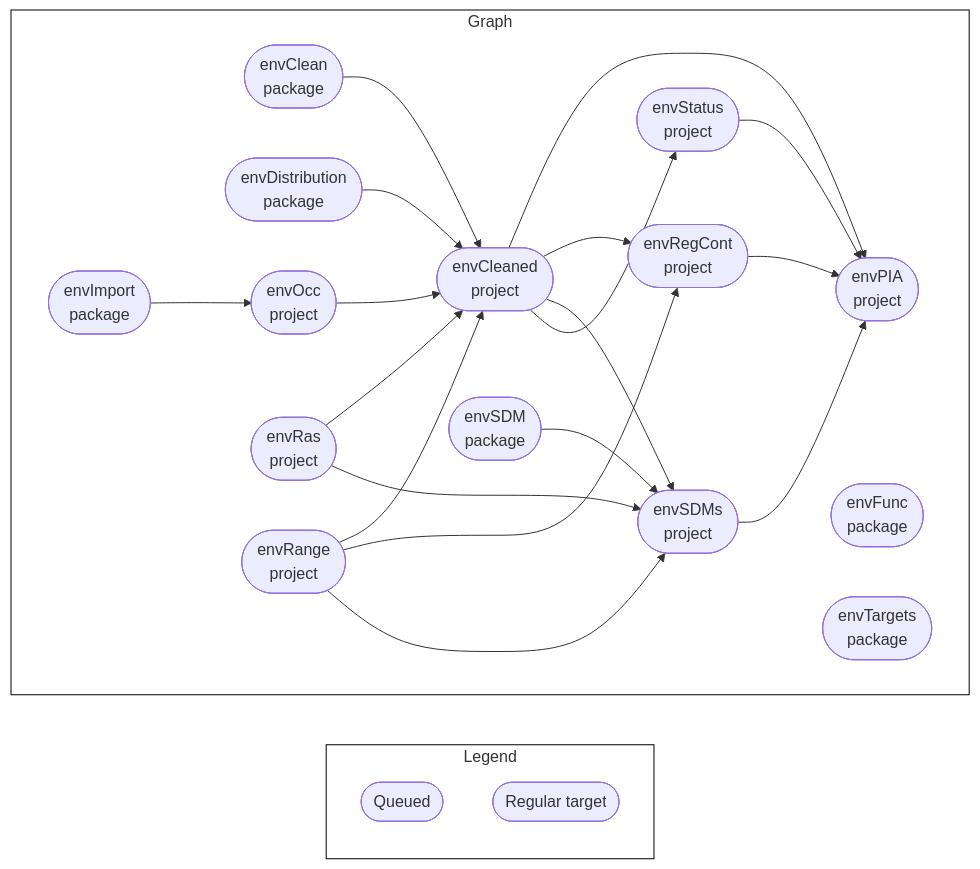
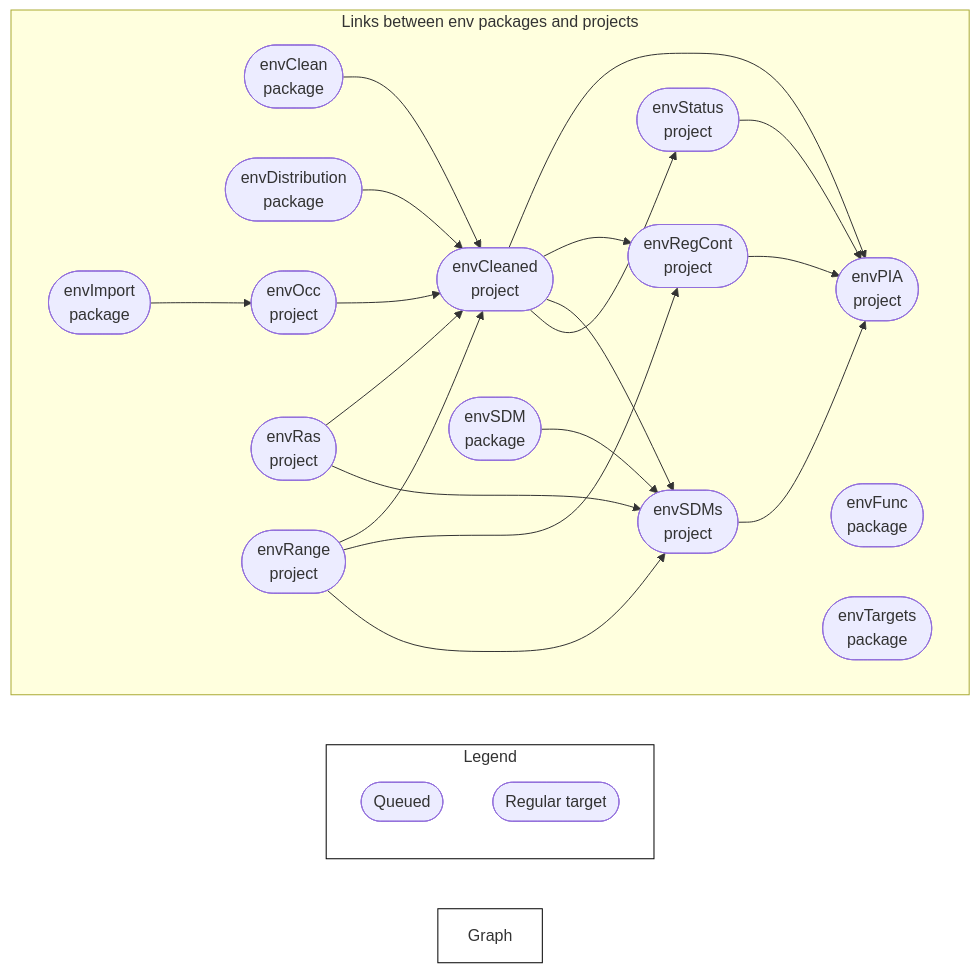
One commit to dew-landscapes/.github changed the diagram in profile/README.md. Above: the diagram before and after it, drawn with Mermaid. The commit also changed other lines of this file and 1 other file, not shown here.

Commit message:
Fix plot title?

````diff
--- a/profile/README.md
+++ b/profile/README.md
@@ -45,31 +45,31 @@
 ``` mermaid
 graph LR
   style Legend fill:#FFFFFF00,stroke:#000000;
   style Graph fill:#FFFFFF00,stroke:#000000;
   subgraph Legend
     xa3883d8216f2b511(["Queued"]):::queued
     xd03d7c7dd2ddda2b(["Regular target"]):::none
   end
-  subgraph Graph
+  subgraph Links between env packages and projects
     direction LR
     x199e33ac94c360fd(["envClean<br>package"]):::queued --> x4e1f08a5bd05b882(["envCleaned<br>project"]):::queued
     xb53407deaf8a50f7(["envDistribution<br>package"]):::queued --> x4e1f08a5bd05b882(["envCleaned<br>project"]):::queued
     x9d3addc2d3c28cb0(["envOcc<br>project"]):::queued --> x4e1f08a5bd05b882(["envCleaned<br>project"]):::queued
     x67b5feaf09e4d0ca(["envRas<br>project"]):::queued --> x4e1f08a5bd05b882(["envCleaned<br>project"]):::queued
     x4f41d9ef8b70ed0e(["envRange<br>project"]):::queued --> x4e1f08a5bd05b882(["envCleaned<br>project"]):::queued
     xa419b1871c902a02(["envImport<br>package"]):::queued --> x9d3addc2d3c28cb0(["envOcc<br>project"]):::queued
     x4e1f08a5bd05b882(["envCleaned<br>project"]):::queued --> x2cb0f2dc918c8a98(["envPIA<br>project"]):::queued
     xc1054dd4c63b18e0(["envSDMs<br>project"]):::queued --> x2cb0f2dc918c8a98(["envPIA<br>project"]):::queued
     xf290cd0a0c6ffe34(["envStatus<br>project"]):::queued --> x2cb0f2dc918c8a98(["envPIA<br>project"]):::queued
     x5499a04bf3778295(["envRegCont<br>project"]):::queued --> x2cb0f2dc918c8a98(["envPIA<br>project"]):::queued
     x4f41d9ef8b70ed0e(["envRange<br>project"]):::queued --> x5499a04bf3778295(["envRegCont<br>project"]):::queued
     x4e1f08a5bd05b882(["envCleaned<br>project"]):::queued --> x5499a04bf3778295(["envRegCont<br>project"]):::queued
     x07cddf360e9b199e(["envSDM<br>package"]):::queued --> xc1054dd4c63b18e0(["envSDMs<br>project"]):::queued
     x67b5feaf09e4d0ca(["envRas<br>project"]):::queued --> xc1054dd4c63b18e0(["envSDMs<br>project"]):::queued
     x4f41d9ef8b70ed0e(["envRange<br>project"]):::queued --> xc1054dd4c63b18e0(["envSDMs<br>project"]):::queued
     x4e1f08a5bd05b882(["envCleaned<br>project"]):::queued --> xc1054dd4c63b18e0(["envSDMs<br>project"]):::queued
     x4e1f08a5bd05b882(["envCleaned<br>project"]):::queued --> xf290cd0a0c6ffe34(["envStatus<br>project"]):::queued
     x6832f874a98057bb(["envFunc<br>package"]):::queued
     xb03046fba8fa1b84(["envTargets<br>package"]):::queued
   end
 ```
````
